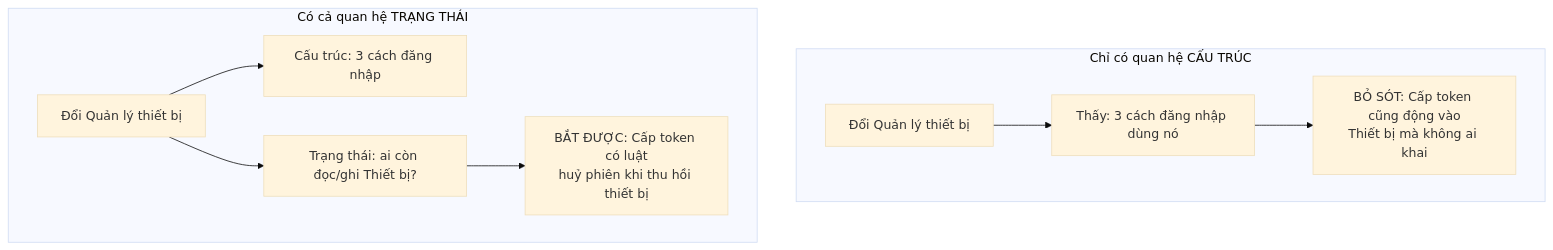
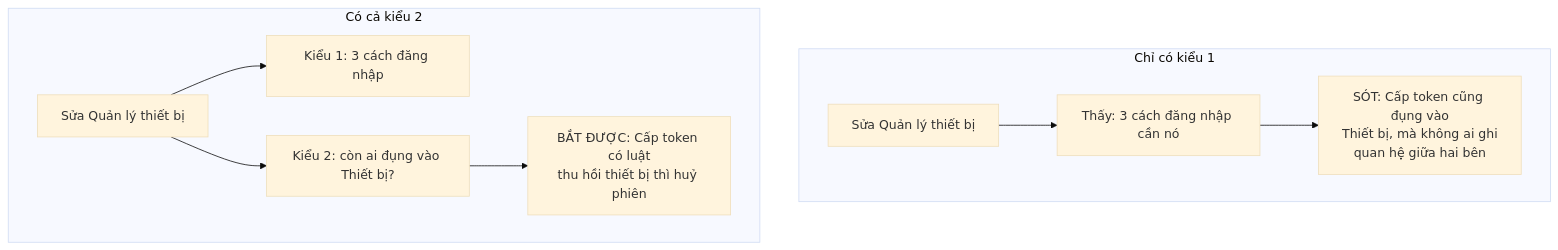
The second of 6 diagrams in answer.md (Kynderis/kendrick-ai-tools), drawn with Mermaid (base theme) before and after one commit. The commit also changed other lines of this file and 1 other file, not shown here.

````diff
--- a/answer.md
+++ b/answer.md
@@ -81,12 +117,12 @@
 ```mermaid
 flowchart TD
-    subgraph S1["Chỉ có quan hệ CẤU TRÚC"]
-    A1["Đổi Quản lý thiết bị"] --> B1["Thấy: 3 cách đăng nhập dùng nó"]
-    B1 --> C1["BỎ SÓT: Cấp token cũng động vào<br/>Thiết bị mà không ai khai"]
+    subgraph S1["Chỉ có kiểu 1"]
+    A1["Sửa Quản lý thiết bị"] --> B1["Thấy: 3 cách đăng nhập cần nó"]
+    B1 --> C1["SÓT: Cấp token cũng đụng vào<br/>Thiết bị, mà không ai ghi<br/>quan hệ giữa hai bên"]
     end
-    subgraph S2["Có cả quan hệ TRẠNG THÁI"]
-    A2["Đổi Quản lý thiết bị"] --> B2["Cấu trúc: 3 cách đăng nhập"]
-    A2 --> C2["Trạng thái: ai còn đọc/ghi Thiết bị?"]
-    C2 --> D2["BẮT ĐƯỢC: Cấp token có luật<br/>huỷ phiên khi thu hồi thiết bị"]
+    subgraph S2["Có cả kiểu 2"]
+    A2["Sửa Quản lý thiết bị"] --> B2["Kiểu 1: 3 cách đăng nhập"]
+    A2 --> C2["Kiểu 2: còn ai đụng vào Thiết bị?"]
+    C2 --> D2["BẮT ĐƯỢC: Cấp token có luật<br/>thu hồi thiết bị thì huỷ phiên"]
     end
 ```
````
